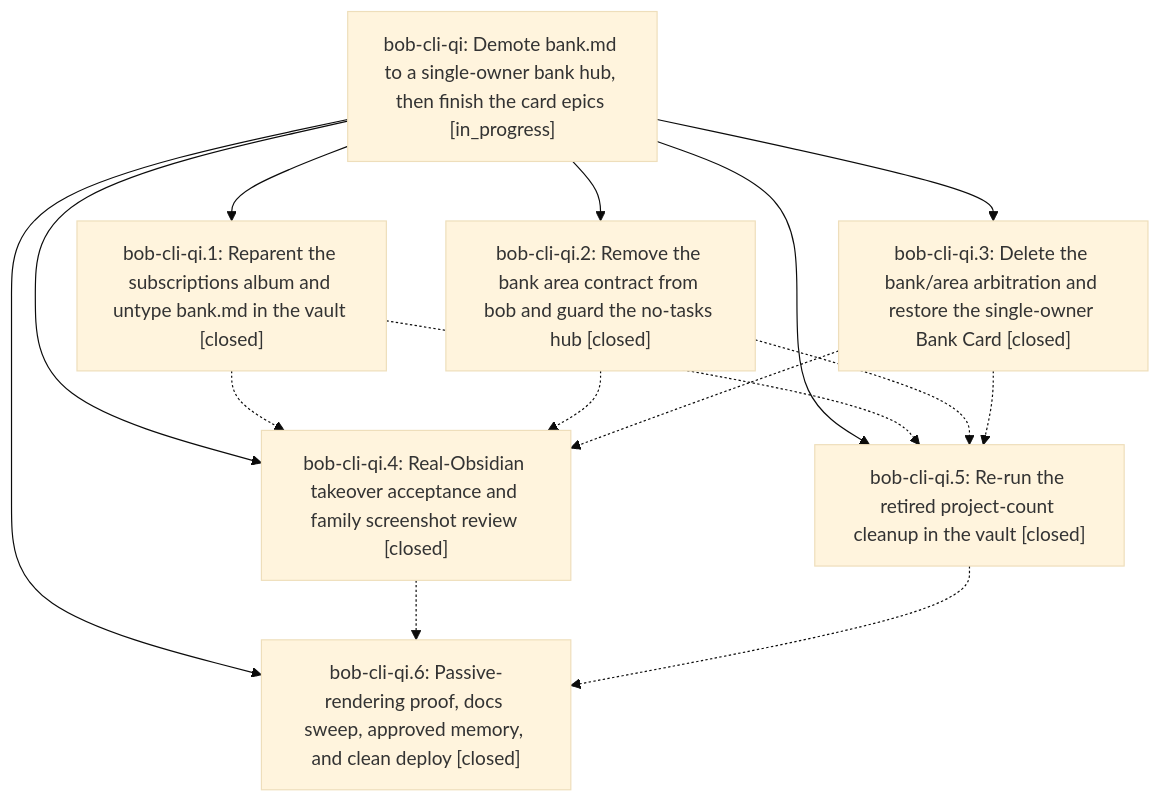
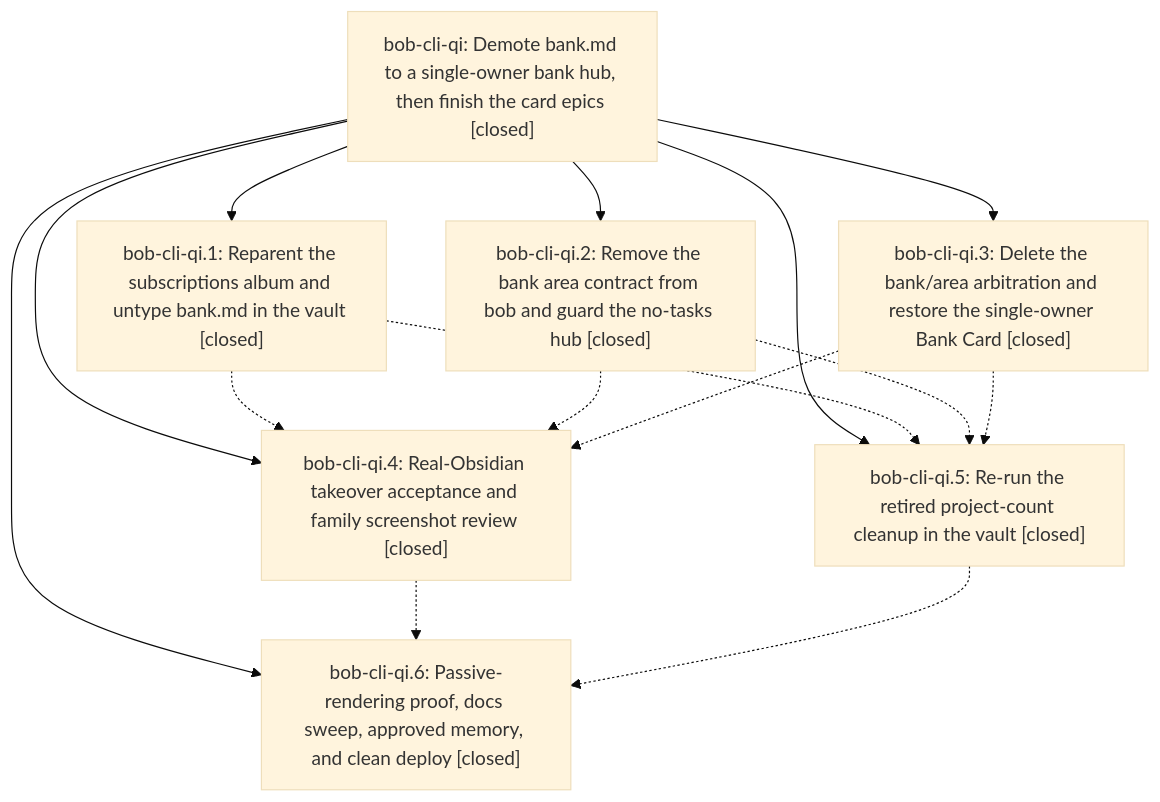
Before and after one commit to bobs-org/bob-cli--beads: the diagram in pages/bob-cli-qi/README.md, drawn with Mermaid (base theme). The commit also changed other lines of this file and 6 other files, not shown here.

First line of the commit message:
chore(beads): sync bead state and pages for bob-cli-qi

````diff
--- a/pages/bob-cli-qi/README.md
+++ b/pages/bob-cli-qi/README.md
@@ -67,24 +72,24 @@
 ```mermaid
 flowchart TD
-    n0["bob-cli-qi: Demote bank.md to a single-owner bank hub, then finish the card epics [in_progress]"]
+    n0["bob-cli-qi: Demote bank.md to a single-owner bank hub, then finish the card epics [closed]"]
     n1["bob-cli-qi.1: Reparent the subscriptions album and untype bank.md in the vault [closed]"]
     n2["bob-cli-qi.2: Remove the bank area contract from bob and guard the no-tasks hub [closed]"]
     n3["bob-cli-qi.3: Delete the bank/area arbitration and restore the single-owner Bank Card [closed]"]
     n4["bob-cli-qi.4: Real-Obsidian takeover acceptance and family screenshot review [closed]"]
     n5["bob-cli-qi.5: Re-run the retired project-count cleanup in the vault [closed]"]
     n6["bob-cli-qi.6: Passive-rendering proof, docs sweep, approved memory, and clean deploy [closed]"]
     n0 --> n1
     n0 --> n2
     n0 --> n3
     n0 --> n4
     n0 --> n5
     n0 --> n6
     n1 -.-> n4
     n1 -.-> n5
     n2 -.-> n4
     n2 -.-> n5
     n3 -.-> n4
     n3 -.-> n5
     n4 -.-> n6
     n5 -.-> n6
 ```
````
